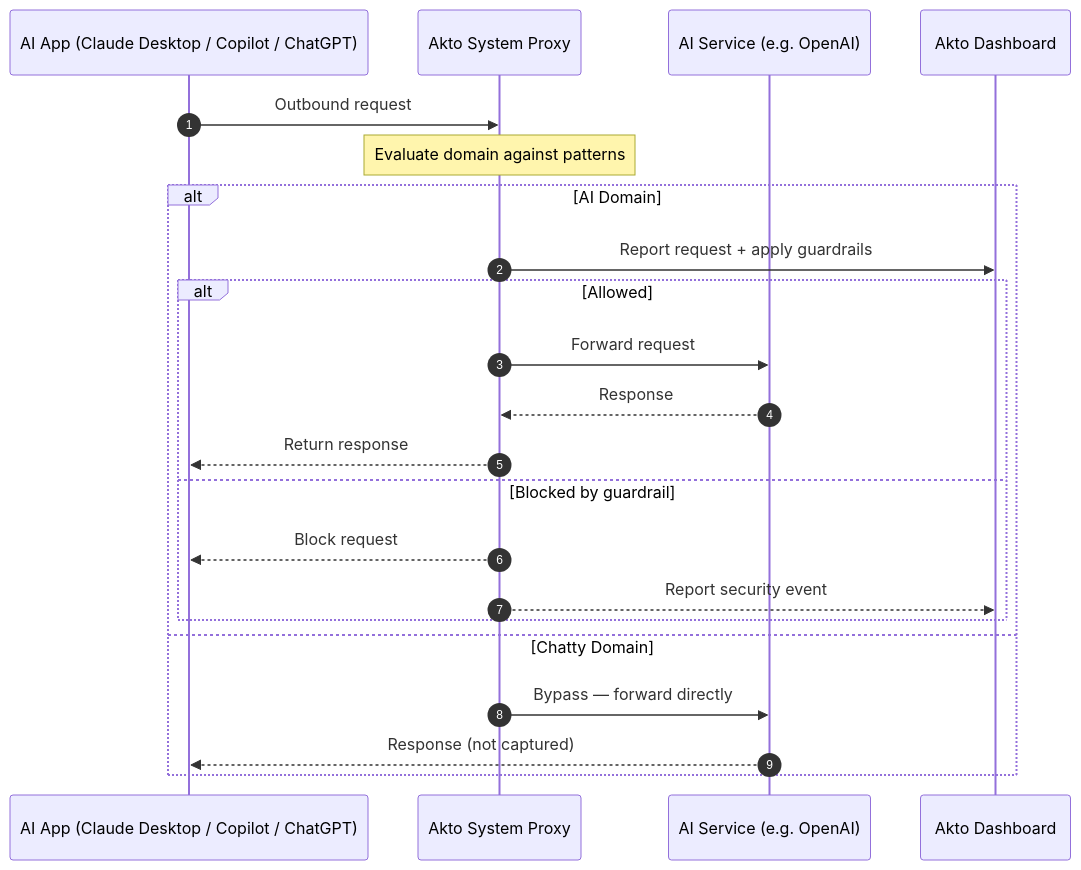
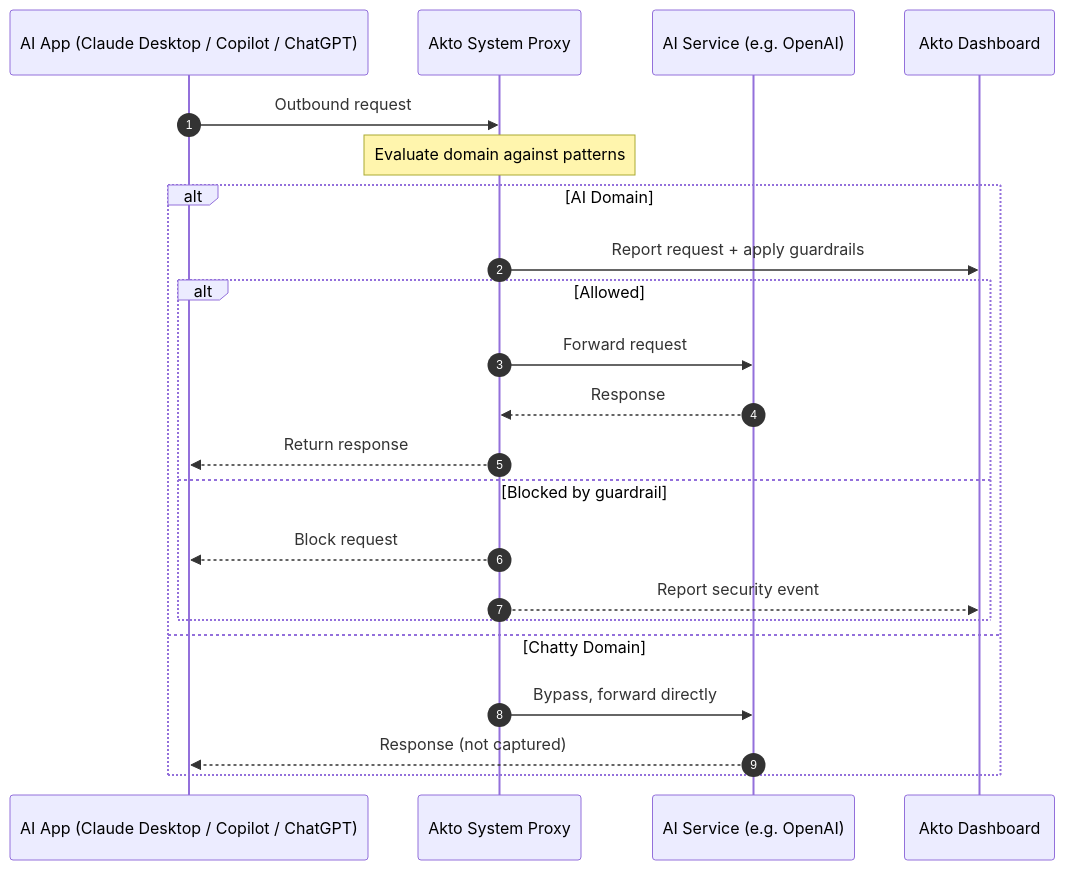
The diagram in akto-atlas-agentic-ai-security-for-employee-endpoints/endpoints-discovery-agents/akto-system-proxy.md (akto-api-security/Documentation), drawn with Mermaid before and after one commit. The commit also changed other lines of this file, not shown here.

Commit message:
revamp: update Akto System Proxy doc with file upload guardrails, ChatGPT classic app, and Claude Desktop connector/plugin discovery

````diff
--- a/akto-atlas-agentic-ai-security-for-employee-endpoints/endpoints-discovery-agents/akto-system-proxy.md
+++ b/akto-atlas-agentic-ai-security-for-employee-endpoints/endpoints-discovery-agents/akto-system-proxy.md
@@ -26,26 +35,26 @@
 ```mermaid
 sequenceDiagram
     autonumber
     participant App as AI App (Claude Desktop / Copilot / ChatGPT)
     participant Proxy as Akto System Proxy
     participant AI as AI Service (e.g. OpenAI)
     participant Akto as Akto Dashboard
 
     App->>Proxy: Outbound request
     Note over Proxy: Evaluate domain against patterns
 
     alt AI Domain
         Proxy->>Akto: Report request + apply guardrails
         alt Allowed
             Proxy->>AI: Forward request
             AI-->>Proxy: Response
             Proxy-->>App: Return response
         else Blocked by guardrail
             Proxy-->>App: Block request
             Proxy-->>Akto: Report security event
         end
     else Chatty Domain
-        Proxy->>AI: Bypass — forward directly
+        Proxy->>AI: Bypass, forward directly
         AI-->>App: Response (not captured)
     end
 ```
````
